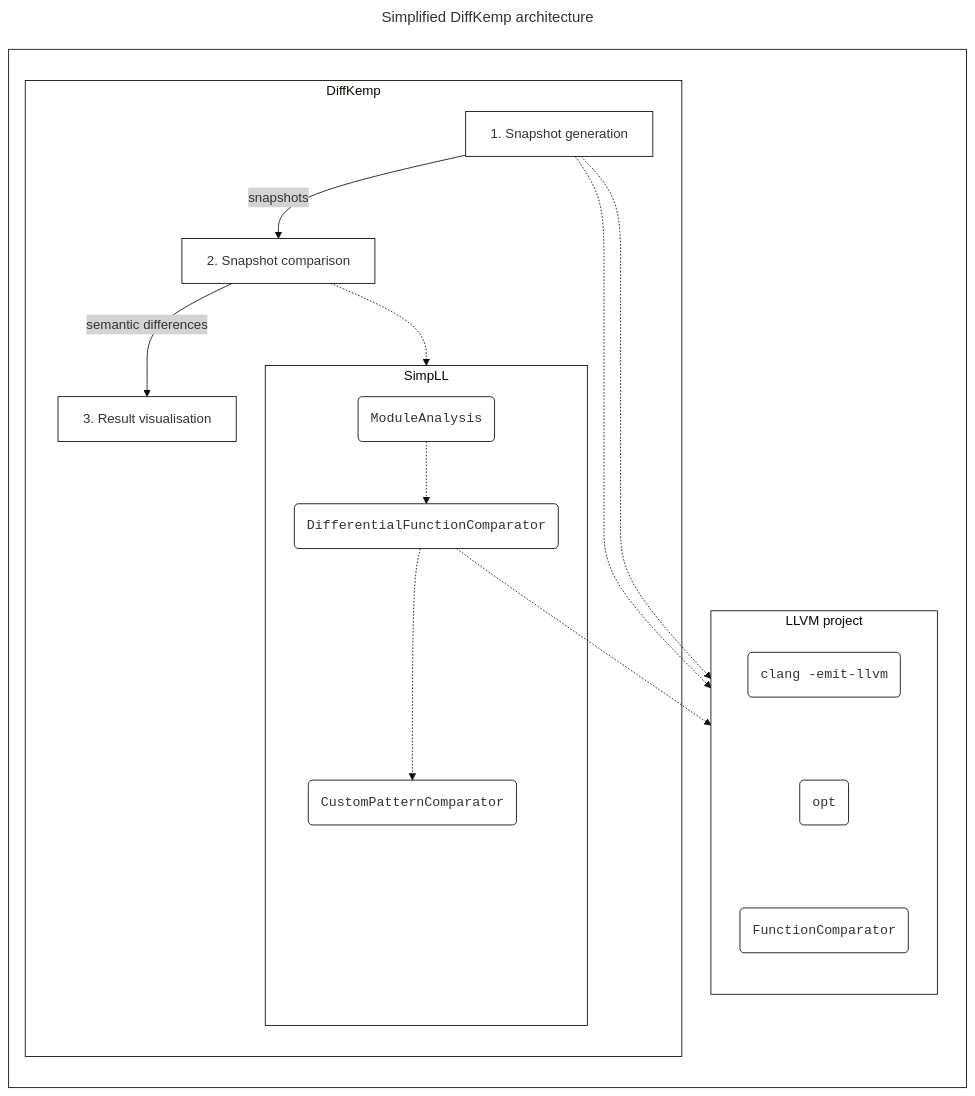
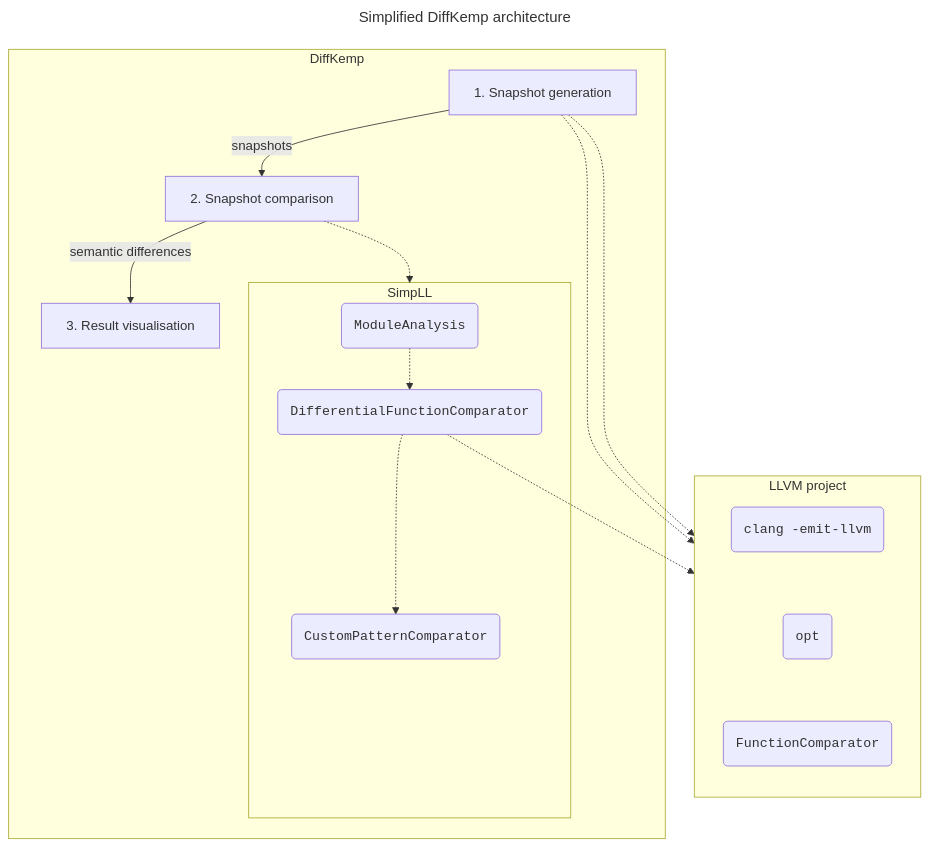
The first of 9 diagrams in docs/architecture.md (PLukas2018/diffkemp), drawn with Mermaid before and after one commit. The commit also changed other lines of this file, not shown here.

Commit message:
Update architecture.md  knj

````diff
--- a/docs/architecture.md
+++ b/docs/architecture.md
@@ -3,45 +3,36 @@
 ```mermaid
 ---
 # This code renders an image, that does not show on the GitHub app, use a browser
 # to see the image.
 title: Simplified DiffKemp architecture
-config:
-  theme: base
-  themeVariables:
-    nodeBorder: black
-    mainBkg: white
-    clusterBkg: white
-    clusterBorder: black
-    edgeLabelBackground: lightgrey
 ---
-flowchart LR
-subgraph G[" "]
+flowchart TB
   subgraph dk["DiffKemp"]
     sg -- "snapshots" --> sc -- "semantic differences" --> rv
     sg["1. Snapshot generation"]
     sc["2. Snapshot comparison"]
     rv["3. Result visualisation"]
     subgraph simpll["SimpLL"]
       ma("ModuleAnalysis")
       dfc("DifferentialFunctionComparator")
       cc("CustomPatternComparator")
       ma -.-> dfc -.-> cc
     end
   end
   subgraph llvm["LLVM project"]
     direction TB
     clang("clang -emit-llvm")
     opt("opt")
     fc("FunctionComparator")
     %% invisible edges helps top to bottom orientation
     clang ~~~ opt ~~~ fc
   end
   sg -.-> clang
   sg -.-> opt
   sc -.-> simpll
   dfc -.-> fc
-end
+
 %% style
 classDef mono font-family:monospace
 class ma,dfc,fc,cc,clang,opt mono
 ```
````
